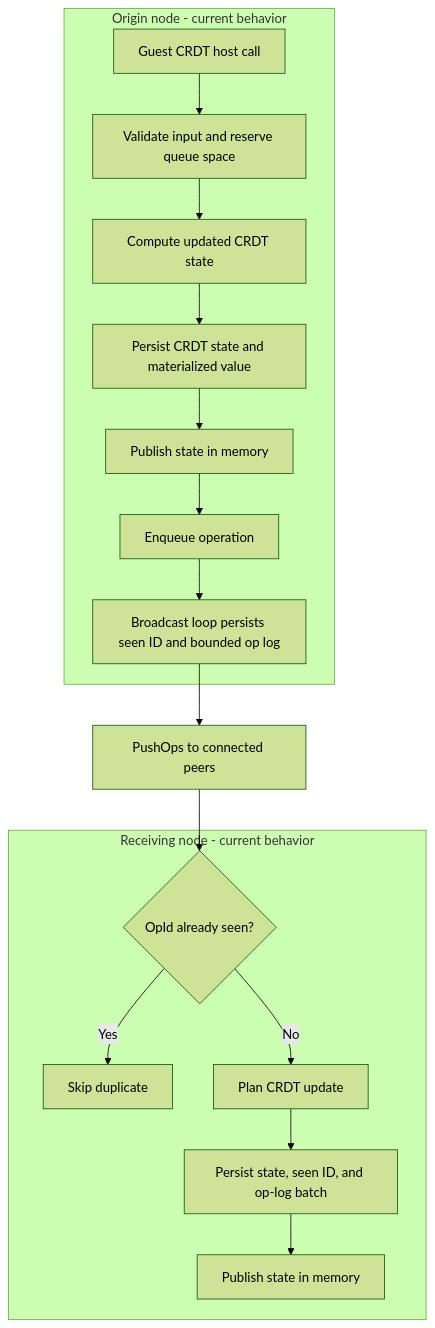
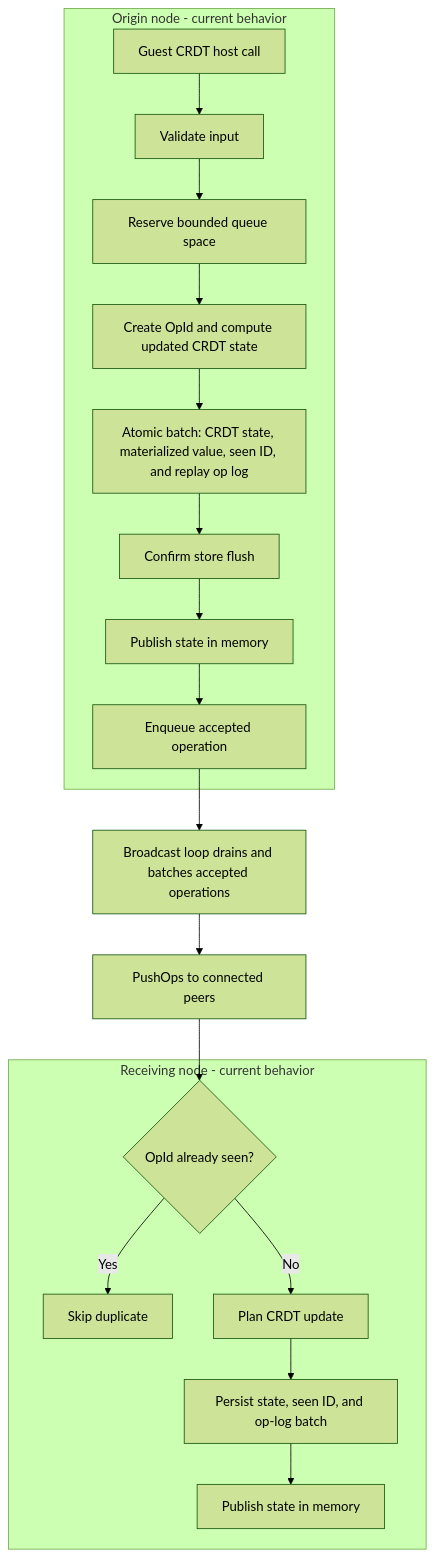
Before and after one commit to GianIac/numax: the diagram in docs/nx-site/public/diagrams/concepts/crdt-operation-flow.mmd, drawn with Mermaid (forest theme). The commit also changed 11 other files, not shown here.

Commit message:
enhance peer discovery and CRDT operation handling and more

```diff
--- a/docs/nx-site/public/diagrams/concepts/crdt-operation-flow.mmd
+++ b/docs/nx-site/public/diagrams/concepts/crdt-operation-flow.mmd
@@ -1,18 +1,20 @@
 flowchart TD
     subgraph origin[Origin node - current behavior]
-        call[Guest CRDT host call] --> validate[Validate input and reserve queue space]
-        validate --> update[Compute updated CRDT state]
-        update --> persist[Persist CRDT state and materialized value]
-        persist --> publish[Publish state in memory]
-        publish --> enqueue[Enqueue operation]
-        enqueue --> remember[Broadcast loop persists seen ID and bounded op log]
+        call[Guest CRDT host call] --> validate[Validate input]
+        validate --> reserve[Reserve bounded queue space]
+        reserve --> update[Create OpId and compute updated CRDT state]
+        update --> persist[Atomic batch: CRDT state, materialized value, seen ID, and replay op log]
+        persist --> flush[Confirm store flush]
+        flush --> publish[Publish state in memory]
+        publish --> enqueue[Enqueue accepted operation]
     end
     subgraph receiver[Receiving node - current behavior]
         check{OpId already seen?}
         check -->|Yes| ignore[Skip duplicate]
         check -->|No| plan[Plan CRDT update]
         plan --> persistRemote[Persist state, seen ID, and op-log batch]
         persistRemote --> publishRemote[Publish state in memory]
     end
-    remember --> push[PushOps to connected peers]
+    enqueue --> batch[Broadcast loop drains and batches accepted operations]
+    batch --> push[PushOps to connected peers]
     push --> check
```
